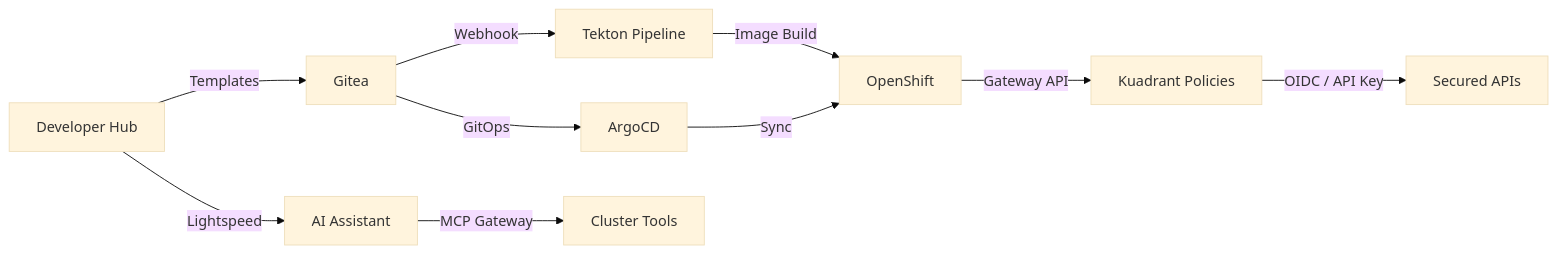
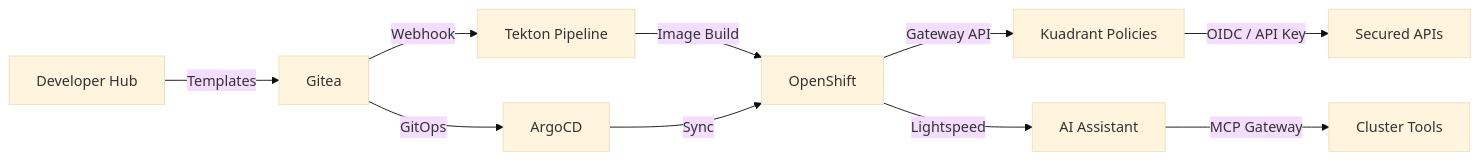
Before and after one commit to panchoraposo/test-drive-pe: the diagram in examples/helm/components/showroom/files/index-es.adoc, drawn with Mermaid (base theme). The commit also changed 1 other file, not shown here.

Commit message:
fix(showroom): update workshop flow for OpenShift Lightspeed
Show AI Assistant and Cluster Tools as coming from OpenShift (Lightspeed), since Developer Lightspeed is no longer used.

```diff
--- a/examples/helm/components/showroom/files/index-es.adoc
+++ b/examples/helm/components/showroom/files/index-es.adoc
@@ -85,13 +85,13 @@
 [mermaid]
 ....
 graph LR
     A[Developer Hub] -->|Templates| B[Gitea]
     B -->|Webhook| C[Tekton Pipeline]
     C -->|Image Build| D[OpenShift]
     B -->|GitOps| E[ArgoCD]
     E -->|Sync| D
     D -->|Gateway API| F[Kuadrant Policies]
     F -->|OIDC / API Key| G[Secured APIs]
-    A -->|Lightspeed| H[AI Assistant]
+    D -->|Lightspeed| H[AI Assistant]
     H -->|MCP Gateway| I[Cluster Tools]
 ....
```
